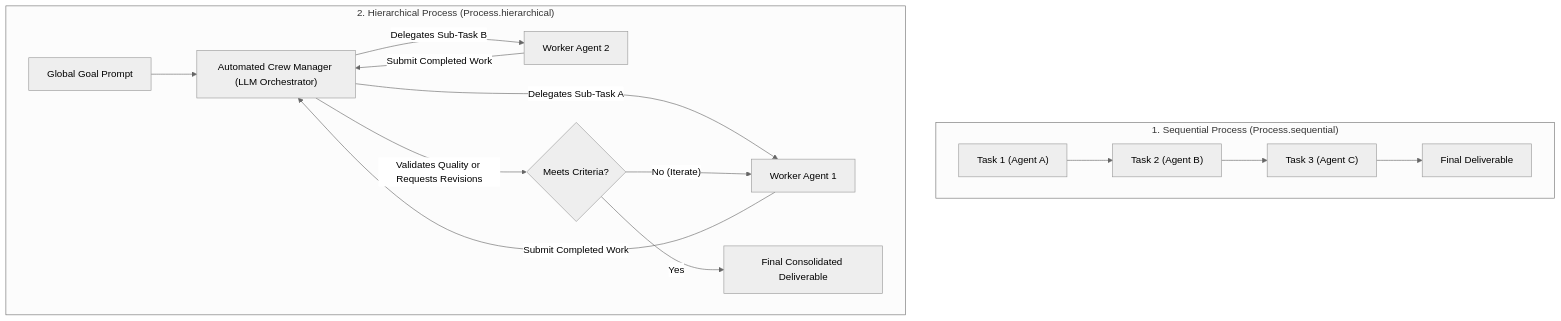
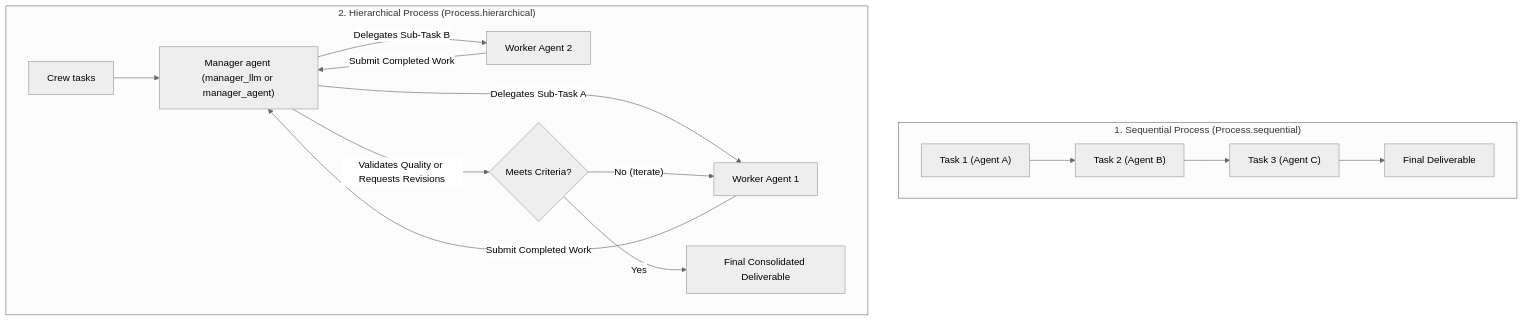
Before and after one commit to TheLearningHubOrg/learn-crewai: the eighth of 27 diagrams in README.md, drawn with Mermaid (neutral theme). The commit also changed other lines of this file and 32 other files, not shown here.

````diff
--- a/README.md
+++ b/README.md
@@ -178,20 +576,19 @@
 ```mermaid
 flowchart TD
     subgraph SeqProcess["1. Sequential Process (Process.sequential)"]
         S1["Task 1 (Agent A)"] --> S2["Task 2 (Agent B)"]
         S2 --> S3["Task 3 (Agent C)"]
         S3 --> S_End["Final Deliverable"]
     end
 
     subgraph HierProcess["2. Hierarchical Process (Process.hierarchical)"]
-        Manager["Automated Crew Manager (LLM Orchestrator)"]
-        H_User["Global Goal Prompt"] --> Manager
-        
+        Manager["Manager agent (manager_llm or manager_agent)"]
+        H_User["Crew tasks"] --> Manager
         Manager -->|"Delegates Sub-Task A"| W1["Worker Agent 1"]
         Manager -->|"Delegates Sub-Task B"| W2["Worker Agent 2"]
         W1 & W2 -->|"Submit Completed Work"| Manager
         Manager -->|"Validates Quality or Requests Revisions"| Review{"Meets Criteria?"}
         Review -- "No (Iterate)" --> W1
         Review -- "Yes" --> H_End["Final Consolidated Deliverable"]
     end
 ```
````
